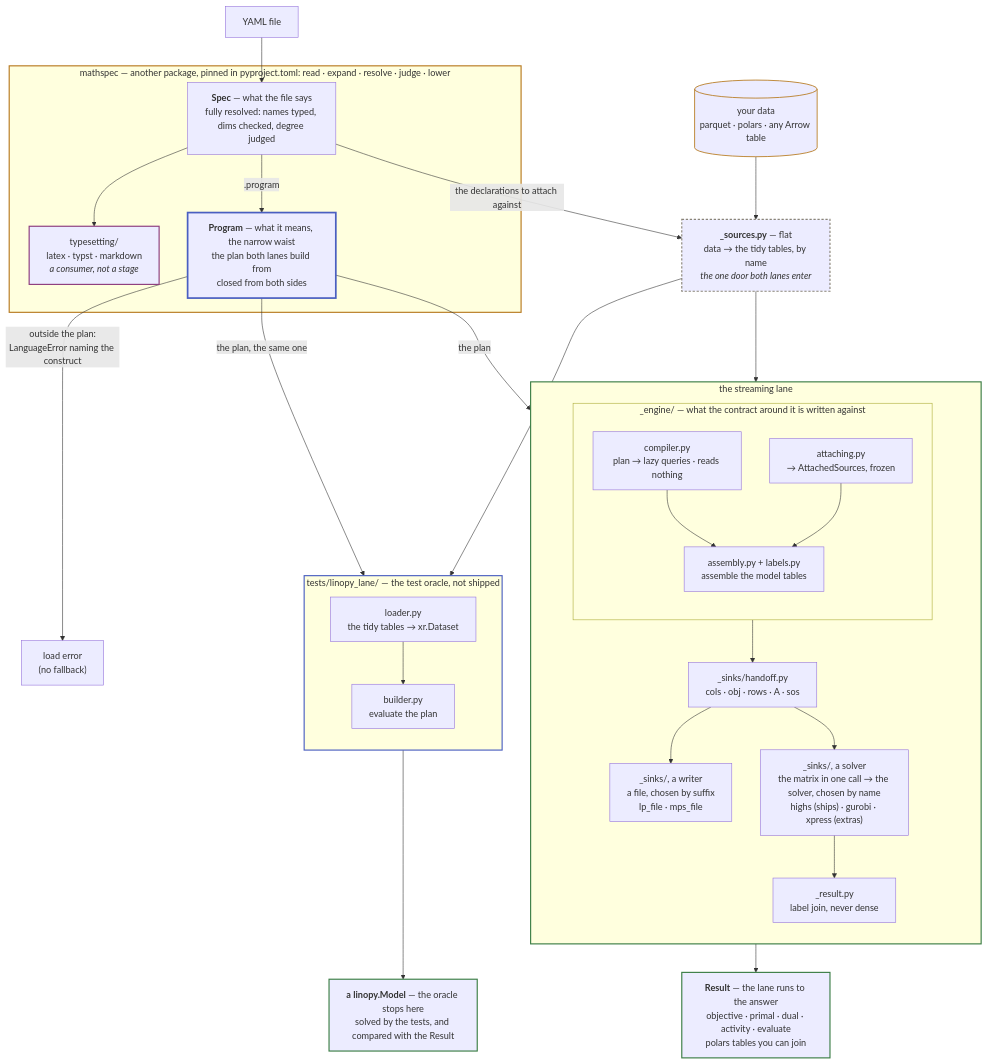
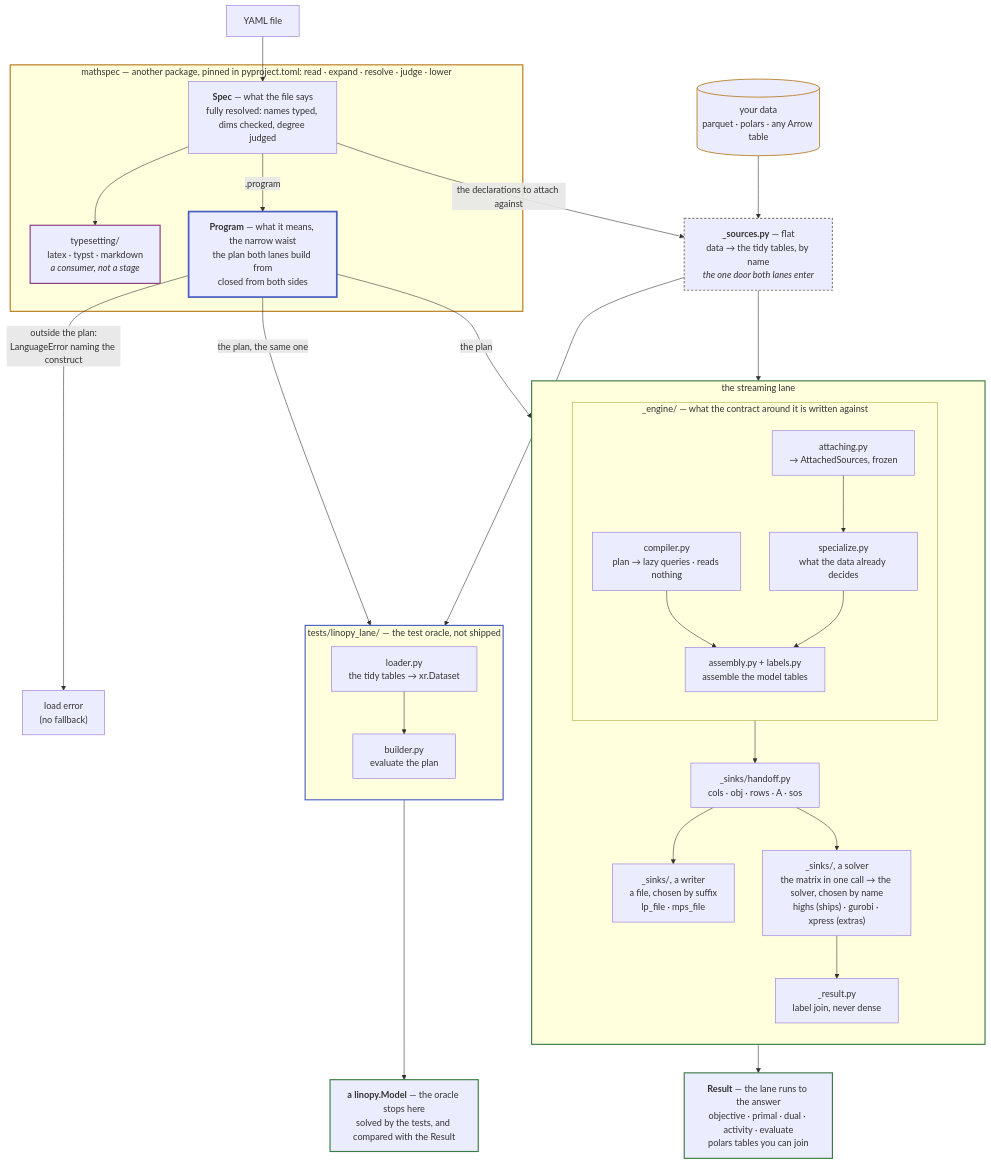
Before and after one commit to fluxopt/specsolve: the diagram in docs/development/architecture.md, drawn with Mermaid. The commit also changed other lines of this file and 2 other files, not shown here.

First line of the commit message:
chore(engine): the build's data-decided shortcuts live in one module

````diff
--- a/docs/development/architecture.md
+++ b/docs/development/architecture.md
@@ -19,59 +19,60 @@
 ```mermaid
 flowchart TB
     Y[YAML file] --> SPEC
     DATA[("your data<br/>parquet · polars · any Arrow table")] --> SRC
 
     subgraph MS["mathspec — another package, pinned in pyproject.toml: read · expand · resolve · judge · lower"]
         SPEC["<b>Spec</b> — what the file says<br/>fully resolved: names typed, dims checked, degree judged"]
         SPEC --> TS["typesetting/<br/>latex · typst · markdown<br/><i>a consumer, not a stage</i>"]
         SPEC -->|".program"| PLAN["<b>Program</b> — what it means, the narrow waist<br/>the plan both lanes build from<br/>closed from both sides"]
     end
 
     SPEC -->|"the declarations to attach against"| SRC
     SRC["<b>_sources.py</b> — flat<br/>data → the tidy tables, by name<br/><i>the one door both lanes enter</i>"]
 
     PLAN -->|"outside the plan:<br/>LanguageError naming the construct"| ERR["load error<br/>(no fallback)"]
     PLAN -->|"the plan"| COMP
     SRC --> ATTACH
     PLAN -->|"the plan, the same one"| BUILD
     SRC --> LOAD
 
     subgraph REL["the streaming lane"]
         direction TB
         subgraph ENG["_engine/ — what the contract around it is written against"]
             direction TB
             COMP["compiler.py<br/>plan → lazy queries · reads nothing"] --> ENGINE
-            ATTACH["attaching.py<br/>→ AttachedSources, frozen"] --> ENGINE["assembly.py + labels.py<br/>assemble the model tables"]
+            ATTACH["attaching.py<br/>→ AttachedSources, frozen"] --> SPECIALIZE["specialize.py<br/>what the data already decides"]
+            SPECIALIZE --> ENGINE["assembly.py + labels.py<br/>assemble the model tables"]
         end
         ENG --> TABLES["_sinks/handoff.py<br/>cols · obj · rows · A · sos"]
         TABLES --> LPS["_sinks/, a writer<br/>a file, chosen by suffix<br/>lp_file · mps_file"]
         TABLES --> DIRECT["_sinks/, a solver<br/>the matrix in one call → the solver, chosen by name<br/>highs (ships) · gurobi · xpress (extras)"]
         DIRECT --> SOL["_result.py<br/>label join, never dense"]
     end
 
     SOL --> ANS["<b>Result</b> — the lane runs to the answer<br/>objective · primal · dual · activity · evaluate<br/>polars tables you can join"]
 
     subgraph LIN["tests/linopy_lane/ — the test oracle, not shipped"]
         direction TB
         LOAD["loader.py<br/>the tidy tables → xr.Dataset"] --> BUILD["builder.py<br/>evaluate the plan"]
     end
 
     BUILD --> MODEL["<b>a linopy.Model</b> — the oracle stops here<br/>solved by the tests, and compared with the Result"]
 
     classDef laneL stroke:#b7791f,stroke-width:2px
     classDef laneR stroke:#3a7d44,stroke-width:2px
     classDef laneE stroke:#4a5fc1,stroke-width:2px
     classDef laneT stroke:#8b3a7d,stroke-width:2px
     classDef waist stroke:#4a5fc1,stroke-width:3px
     classDef flat stroke:#8a8578,stroke-width:2px,stroke-dasharray:4 3
     classDef data stroke:#b7791f,stroke-width:1.5px
     classDef out stroke:#3a7d44,stroke-width:2px
     class MS laneL
     class REL laneR
     class LIN laneE
     class TS laneT
     class PLAN waist
     class SRC flat
     class DATA data
     class ANS,MODEL out
 ```
````
